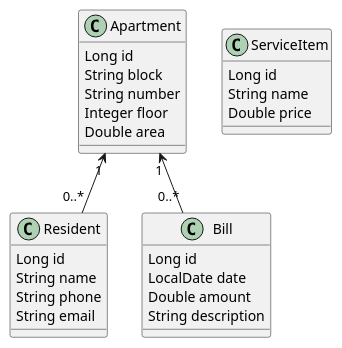
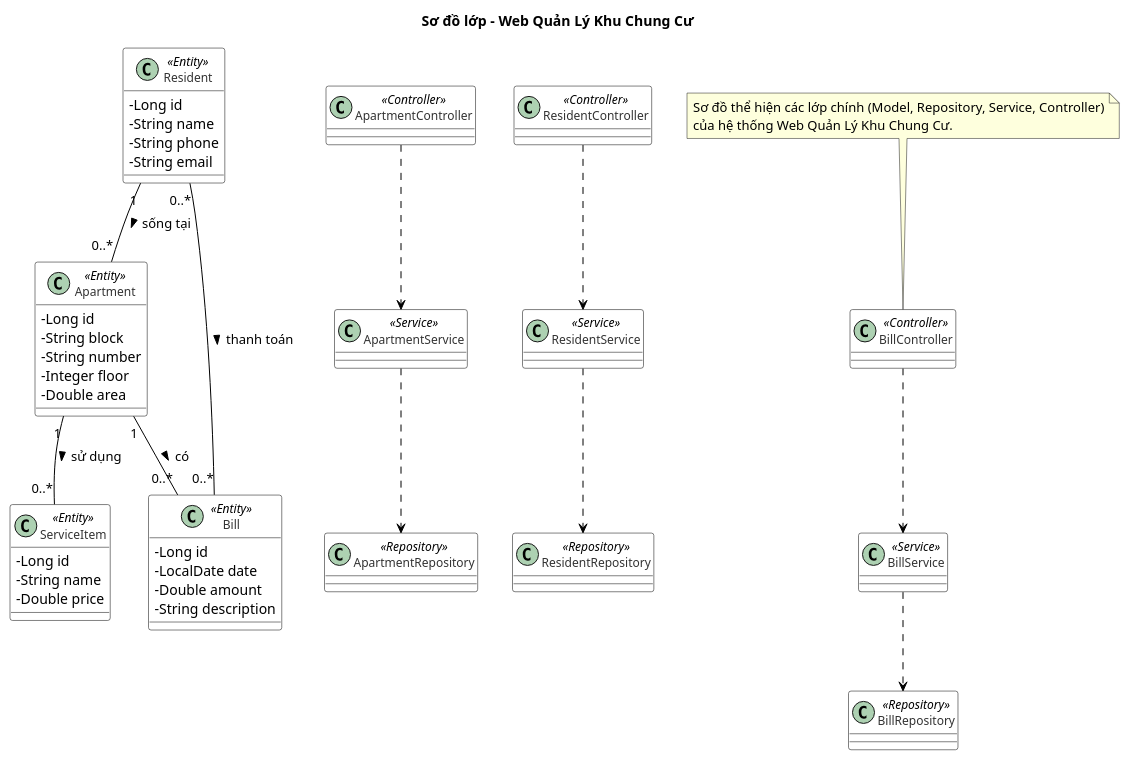
One commit to TN012345/OOP_N03_25_26_BON_TU changed the diagram in uml/structural.puml. Above: the diagram before and after it, drawn with PlantUML. The commit also changed 44 other files, not shown here.

```diff
--- a/uml/structural.puml
+++ b/uml/structural.puml
@@ -1,28 +1,73 @@
-@startuml
-class Apartment {
-  Long id
-  String block
-  String number
-  Integer floor
-  Double area
+@startuml structural
+title **Sơ đồ lớp - Web Quản Lý Khu Chung Cư**
+
+skinparam classAttributeIconSize 0
+skinparam shadowing false
+skinparam backgroundColor #FFFFFF
+skinparam class {
+    BackgroundColor White
+    BorderColor Black
+    ArrowColor Black
+    FontSize 12
+    FontColor #333333
 }
-class Resident {
-  Long id
-  String name
-  String phone
-  String email
+
+class Apartment <<Entity>> {
+    - Long id
+    - String block
+    - String number
+    - Integer floor
+    - Double area
 }
-class ServiceItem {
-  Long id
-  String name
-  Double price
+
+class Resident <<Entity>> {
+    - Long id
+    - String name
+    - String phone
+    - String email
 }
-class Bill {
-  Long id
-  LocalDate date
-  Double amount
-  String description
+
+class Bill <<Entity>> {
+    - Long id
+    - LocalDate date
+    - Double amount
+    - String description
 }
-Apartment "1" <-- "0..*" Resident
-Apartment "1" <-- "0..*" Bill
+
+class ServiceItem <<Entity>> {
+    - Long id
+    - String name
+    - Double price
+}
+
+class ApartmentRepository <<Repository>>
+class ResidentRepository <<Repository>>
+class BillRepository <<Repository>>
+
+class ApartmentService <<Service>>
+class ResidentService <<Service>>
+class BillService <<Service>>
+
+class ApartmentController <<Controller>>
+class ResidentController <<Controller>>
+class BillController <<Controller>>
+
+Resident "1" -- "0..*" Apartment : sống tại >
+Apartment "1" -- "0..*" Bill : có >
+Resident "0..*" -- "0..*" Bill : thanh toán >
+Apartment "1" -- "0..*" ServiceItem : sử dụng >
+
+ApartmentService ..> ApartmentRepository
+ResidentService ..> ResidentRepository
+BillService ..> BillRepository
+
+ApartmentController ..> ApartmentService
+ResidentController ..> ResidentService
+BillController ..> BillService
+
+note top
+  Sơ đồ thể hiện các lớp chính (Model, Repository, Service, Controller)
+  của hệ thống Web Quản Lý Khu Chung Cư.
+end note
+
 @enduml
```
